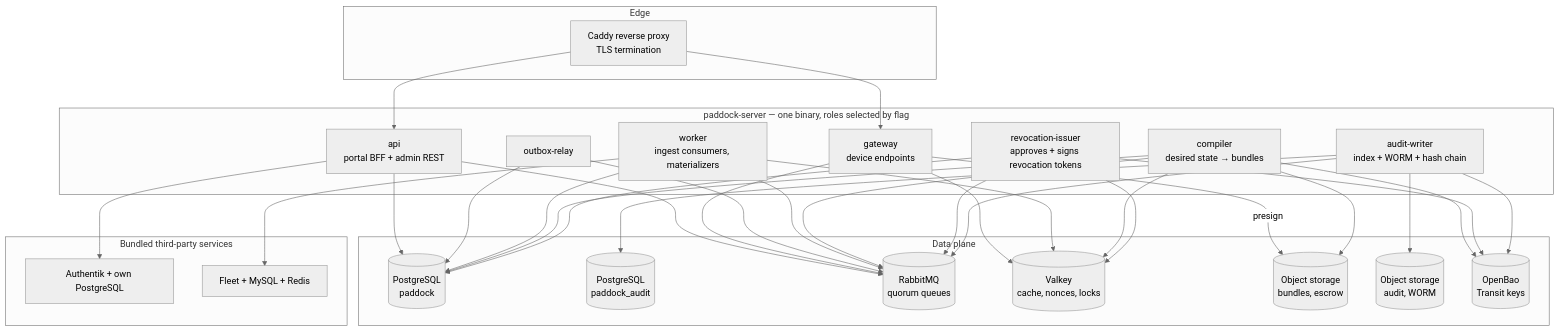
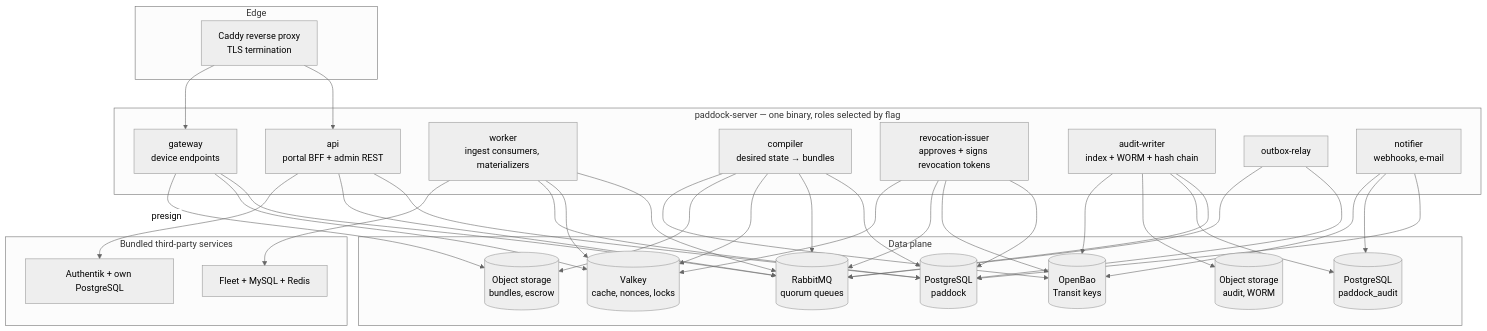
One commit to phischl/paddock-mdm changed the second of 19 diagrams in docs/architecture.md. Above: the diagram before and after it, drawn with Mermaid (neutral theme). The commit also changed other lines of this file and 263 other files, not shown here.

````diff
--- a/docs/architecture.md
+++ b/docs/architecture.md
@@ -187,59 +187,63 @@
 ```mermaid
 flowchart TB
   subgraph edge[Edge]
     proxy[Caddy reverse proxy<br/>TLS termination]
   end
 
   subgraph srv[paddock-server — one binary, roles selected by flag]
     api[api<br/>portal BFF + admin REST]
     gw[gateway<br/>device endpoints]
     wrk[worker<br/>ingest consumers, materializers]
     cmp[compiler<br/>desired state → bundles]
     rev[revocation-issuer<br/>approves + signs revocation tokens]
     aud[audit-writer<br/>index + WORM + hash chain]
     outbox[outbox-relay]
+    ntf[notifier<br/>webhooks, e-mail]
   end
 
   subgraph data[Data plane]
     pg[(PostgreSQL<br/>paddock)]
     pga[(PostgreSQL<br/>paddock_audit)]
     mq[(RabbitMQ<br/>quorum queues)]
     vk[(Valkey<br/>cache, nonces, locks)]
     s3b[(Object storage<br/>bundles, escrow)]
     s3a[(Object storage<br/>audit, WORM)]
     bao[(OpenBao<br/>Transit keys)]
   end
 
   subgraph ext[Bundled third-party services]
     ak[Authentik + own PostgreSQL]
     fl[Fleet + MySQL + Redis]
   end
 
   proxy --> api
   proxy --> gw
   api --> pg
   api --> mq
   api --> ak
   gw --> mq
   gw --> vk
   gw -->|presign| s3b
   outbox --> pg
   outbox --> mq
   wrk --> mq
   wrk --> vk
   wrk --> pg
   wrk --> fl
   cmp --> pg
   cmp --> mq
   cmp --> vk
   cmp --> s3b
   cmp --> bao
   rev --> pg
   rev --> bao
   rev --> mq
   rev --> vk
   aud --> mq
   aud --> pga
   aud --> s3a
   aud --> bao
+  ntf --> pg
+  ntf --> pga
+  ntf --> bao
 ```
````
